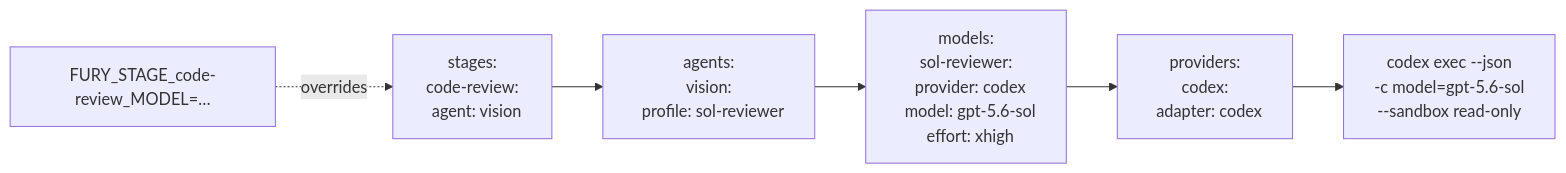
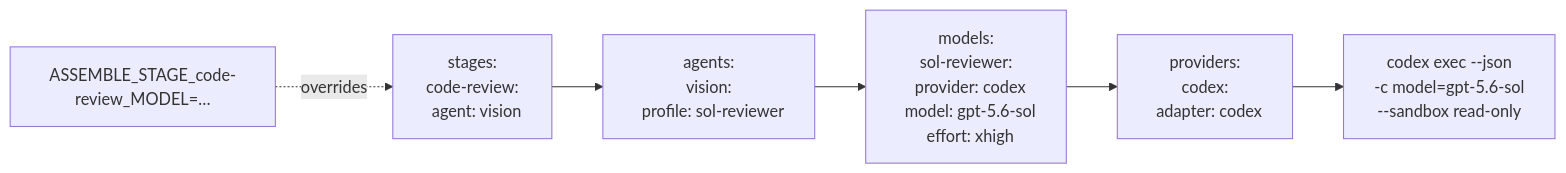
The second of 3 diagrams in README.md (basant-kumar/assemble), drawn with Mermaid before and after one commit. The commit also changed other lines of this file and 2 other files, not shown here.

Commit message:
docs: rename tool fury -> assemble (trademark-safe OSS name); Name (role) display convention; theme disclaimer

````diff
--- a/README.md
+++ b/README.md
@@ -77,8 +82,8 @@
 ```mermaid
 flowchart LR
     S["stages:<br/>code-review:<br/>&nbsp;&nbsp;agent: vision"] --> A["agents:<br/>vision:<br/>&nbsp;&nbsp;profile: sol-reviewer"]
     A --> M["models:<br/>sol-reviewer:<br/>&nbsp;&nbsp;provider: codex<br/>&nbsp;&nbsp;model: gpt-5.6-sol<br/>&nbsp;&nbsp;effort: xhigh"]
     M --> PR["providers:<br/>codex:<br/>&nbsp;&nbsp;adapter: codex"]
     PR --> CLI["codex exec --json<br/>-c model=gpt-5.6-sol<br/>--sandbox read-only"]
-    ENV["FURY_STAGE_code-review_MODEL=…"] -.overrides.-> S
+    ENV["ASSEMBLE_STAGE_code-review_MODEL=…"] -.overrides.-> S
 ```
````
